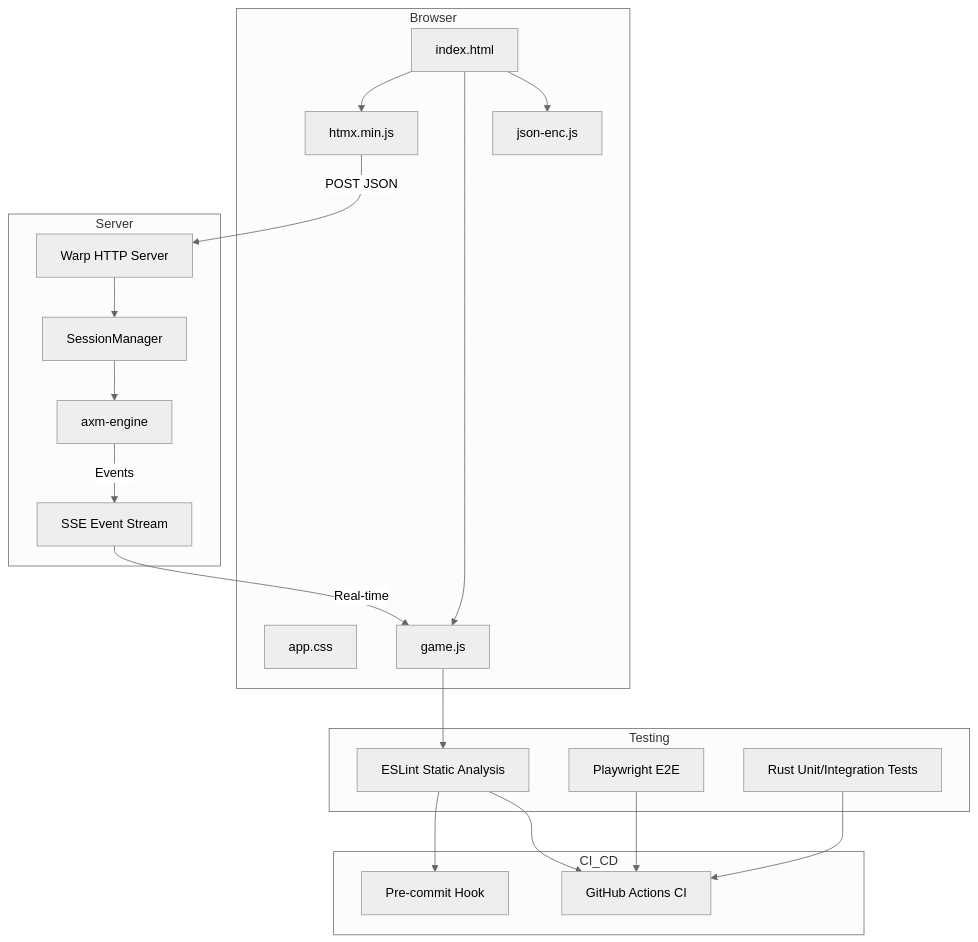
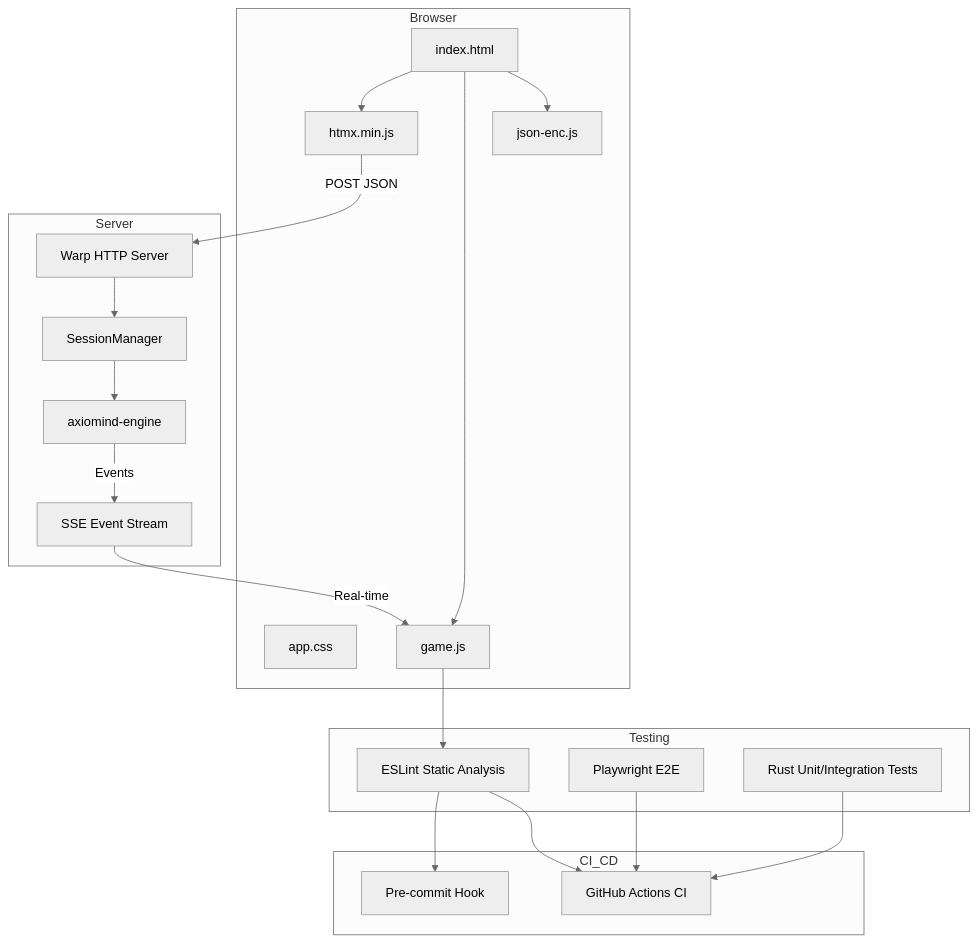
The first of 6 diagrams in .kiro/specs/web-server-fixes/design.md (omoch1-2357/Axiomind), drawn with Mermaid (neutral theme) before and after one commit. The commit also changed other lines of this file and 124 other files, not shown here.

Commit message:
Refactor codebase to replace "axm" with "axiomind" across all modules

````diff
--- a/.kiro/specs/web-server-fixes/design.md
+++ b/.kiro/specs/web-server-fixes/design.md
@@ -59,43 +59,43 @@
 ```mermaid
 graph TB
     subgraph Browser
         HTML[index.html]
         CSS[app.css]
         JS[game.js]
         HTMX[htmx.min.js]
         JSONENC[json-enc.js]
     end
 
     subgraph Testing
         ESLINT[ESLint Static Analysis]
         PLAYWRIGHT[Playwright E2E]
         RUSTTESTS[Rust Unit/Integration Tests]
     end
 
     subgraph CI_CD
         PREHOOK[Pre-commit Hook]
         GITHUBCI[GitHub Actions CI]
     end
 
     subgraph Server
         WARP[Warp HTTP Server]
         SESSIONS[SessionManager]
-        ENGINE[axm-engine]
+        ENGINE[axiomind-engine]
         SSE[SSE Event Stream]
     end
 
     HTML --> HTMX
     HTML --> JS
     HTML --> JSONENC
     JS --> ESLINT
     ESLINT --> PREHOOK
     PLAYWRIGHT --> GITHUBCI
     ESLINT --> GITHUBCI
     RUSTTESTS --> GITHUBCI
 
     HTMX -->|POST JSON| WARP
     WARP --> SESSIONS
     SESSIONS --> ENGINE
     ENGINE -->|Events| SSE
     SSE -->|Real-time| JS
 ```
````
